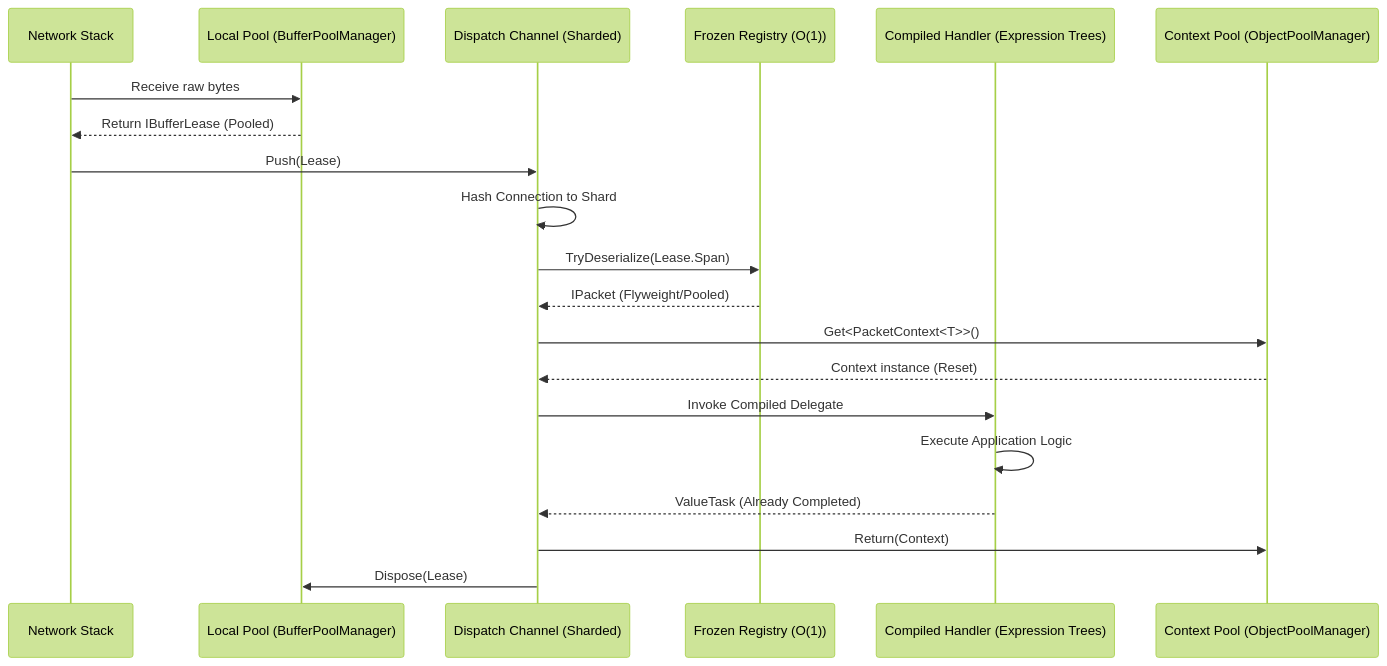
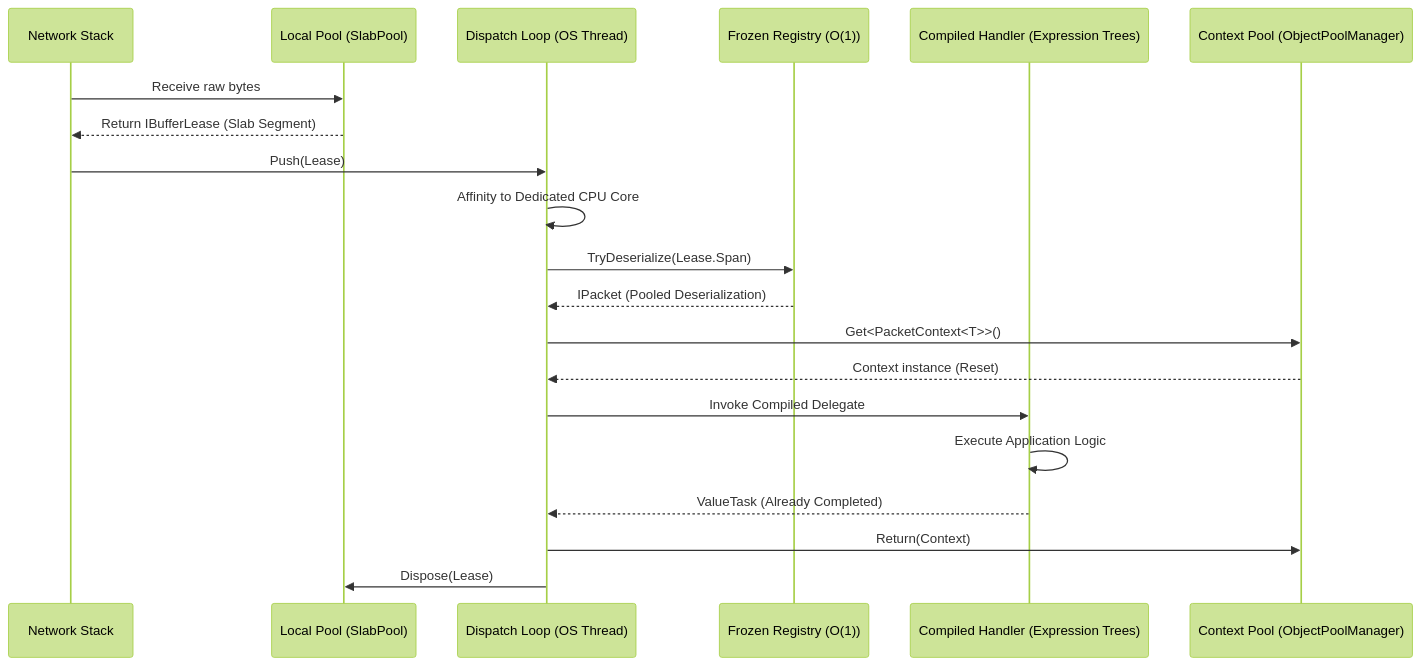
One commit to ppn-systems/Nalix changed the diagram in docs/concepts/internals/zero-allocation.md. Above: the diagram before and after it, drawn with Mermaid (forest theme). The commit also changed other lines of this file and 89 other files, not shown here.

````diff
--- a/docs/concepts/internals/zero-allocation.md
+++ b/docs/concepts/internals/zero-allocation.md
@@ -17,23 +17,23 @@
 ```mermaid
 sequenceDiagram
     participant OS as Network Stack
-    participant LP as Local Pool (BufferPoolManager)
-    participant DC as Dispatch Channel (Sharded)
+    participant LP as Local Pool (SlabPool)
+    participant DC as Dispatch Loop (OS Thread)
     participant FR as Frozen Registry (O(1))
     participant CH as Compiled Handler (Expression Trees)
     participant CP as Context Pool (ObjectPoolManager)
 
     OS->>LP: Receive raw bytes
-    LP-->>OS: Return IBufferLease (Pooled)
+    LP-->>OS: Return IBufferLease (Slab Segment)
     OS->>DC: Push(Lease)
-    DC->>DC: Hash Connection to Shard
+    DC->>DC: Affinity to Dedicated CPU Core
     DC->>FR: TryDeserialize(Lease.Span)
-    FR-->>DC: IPacket (Flyweight/Pooled)
+    FR-->>DC: IPacket (Pooled Deserialization)
     DC->>CP: Get<PacketContext<T>>()
     CP-->>DC: Context instance (Reset)
     DC->>CH: Invoke Compiled Delegate
     CH->>CH: Execute Application Logic
     CH-->>DC: ValueTask (Already Completed)
     DC->>CP: Return(Context)
     DC->>LP: Dispose(Lease)
 ```
````
